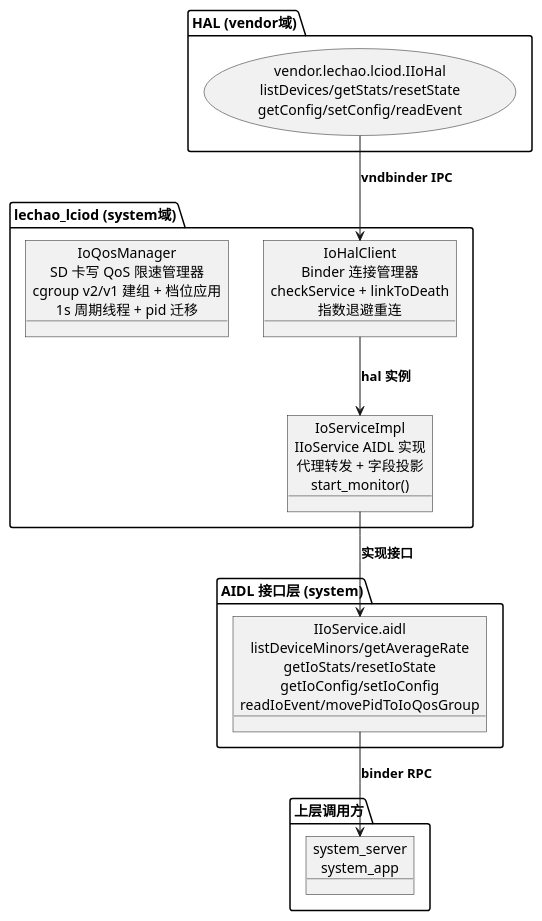
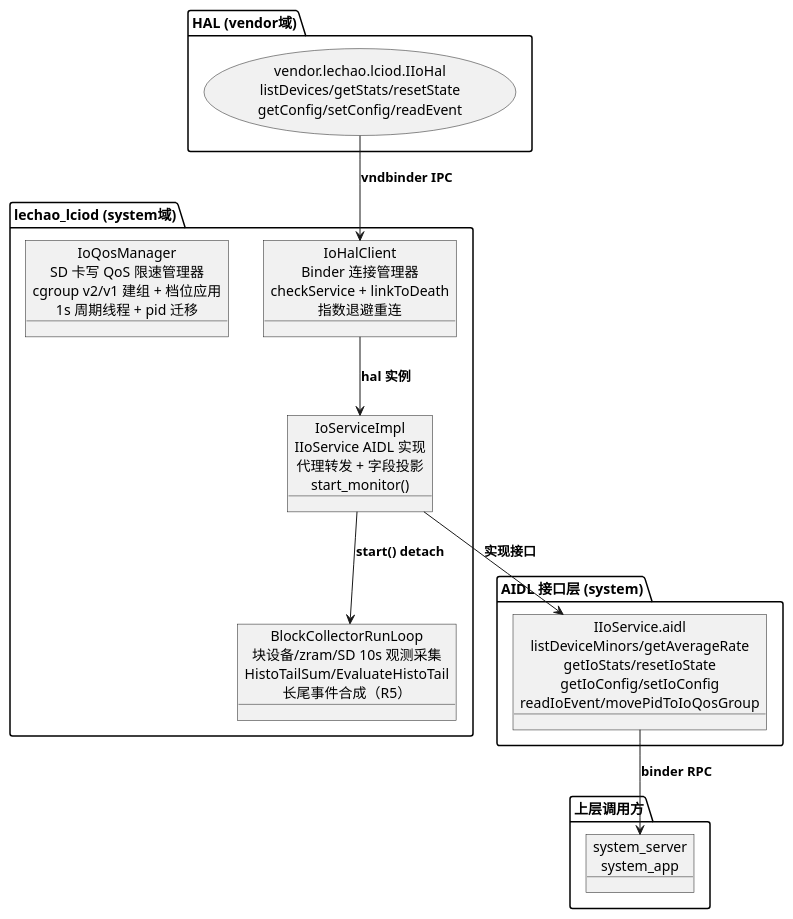
One commit to lechao365/AndroidSystemEnhance changed the sixth of 18 diagrams in docs/02-IO增强/02.03-Daemon增强-lciod-daemon.md. Above: the diagram before and after it, drawn with PlantUML. The commit also changed other lines of this file and 212 other files, not shown here.

First line of the commit message:
构建(baseline): 发布 BL-20261013-01——LcIod SD 健康/长尾直方图与块采集迁入、LcView 事件扩展、usb-verify JSON 期望

````diff
--- a/docs/02-IO增强/02.03-Daemon增强-lciod-daemon.md
+++ b/docs/02-IO增强/02.03-Daemon增强-lciod-daemon.md
@@ -202,27 +203,29 @@
 ```plantuml
 @startuml
 allowmixing
 package "HAL (vendor域)" as hal {
     usecase "vendor.lechao.lciod.IIoHal\nlistDevices/getStats/resetState\ngetConfig/setConfig/readEvent" as AIDL_V
 }
 
 package "lechao_lciod (system域)" as daemon {
     object "IoServiceImpl\nIIoService AIDL 实现\n代理转发 + 字段投影\nstart_monitor()" as SVC
     object "IoHalClient\nBinder 连接管理器\ncheckService + linkToDeath\n指数退避重连" as CLIENT
     object "IoQosManager\nSD 卡写 QoS 限速管理器\ncgroup v2/v1 建组 + 档位应用\n1s 周期线程 + pid 迁移" as QOS
+    object "BlockCollectorRunLoop\n块设备/zram/SD 10s 观测采集\nHistoTailSum/EvaluateHistoTail\n长尾事件合成（R5）" as BCOLL
 }
 
 package "上层调用方" as callers {
     object "system_server\nsystem_app" as UP
 }
 
 package "AIDL 接口层 (system)" as aidl_s {
     object "IIoService.aidl\nlistDeviceMinors/getAverageRate\ngetIoStats/resetIoState\ngetIoConfig/setIoConfig\nreadIoEvent/movePidToIoQosGroup" as AIDL_S
 }
 
 AIDL_V --> CLIENT : **vndbinder IPC**
 CLIENT --> SVC : **hal 实例**
 SVC --> AIDL_S : **实现接口**
+SVC --> BCOLL : **start() detach**
 AIDL_S --> UP : **binder RPC**
 @enduml
 ```
````
